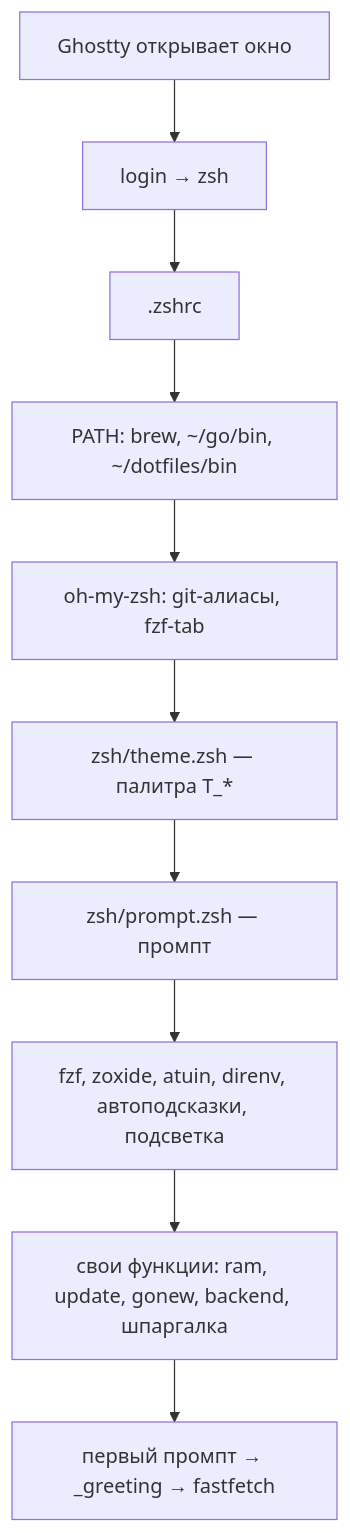
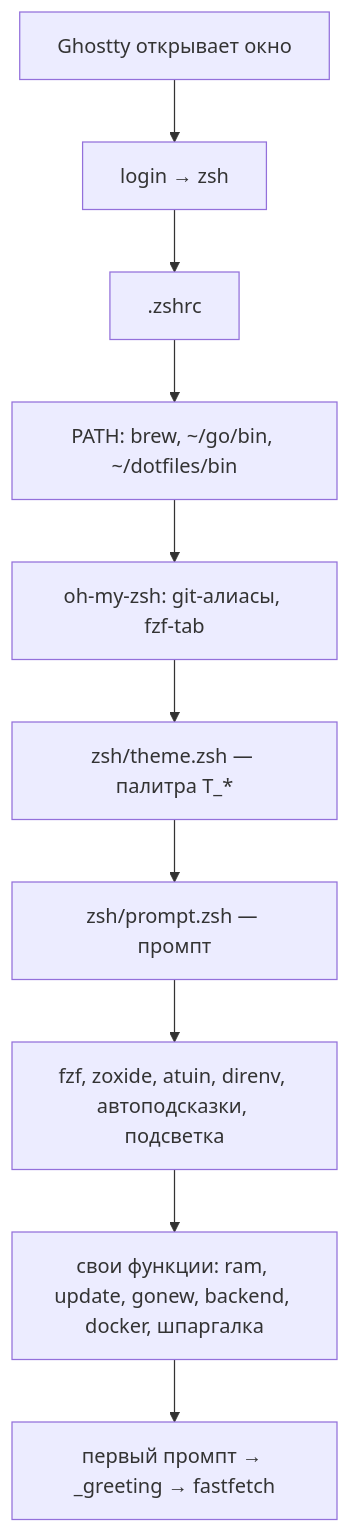
One commit to van1dalgrr-arch/dotfiles changed the second of 4 diagrams in docs/how-it-works.ru.md. Above: the diagram before and after it, drawn with Mermaid. The commit also changed other lines of this file and 53 other files, not shown here.

````diff
--- a/docs/how-it-works.ru.md
+++ b/docs/how-it-works.ru.md
@@ -47,12 +50,12 @@
 ```mermaid
 flowchart TD
     A[Ghostty открывает окно] --> B[login → zsh]
     B --> C[.zshrc]
     C --> D[PATH: brew, ~/go/bin, ~/dotfiles/bin]
     D --> E[oh-my-zsh: git-алиасы, fzf-tab]
     E --> F[zsh/theme.zsh — палитра T_*]
     F --> G[zsh/prompt.zsh — промпт]
     G --> H[fzf, zoxide, atuin, direnv, автоподсказки, подсветка]
-    H --> I[свои функции: ram, update, gonew, backend, шпаргалка]
+    H --> I[свои функции: ram, update, gonew, backend, docker, шпаргалка]
     I --> J[первый промпт → _greeting → fastfetch]
 ```
````
